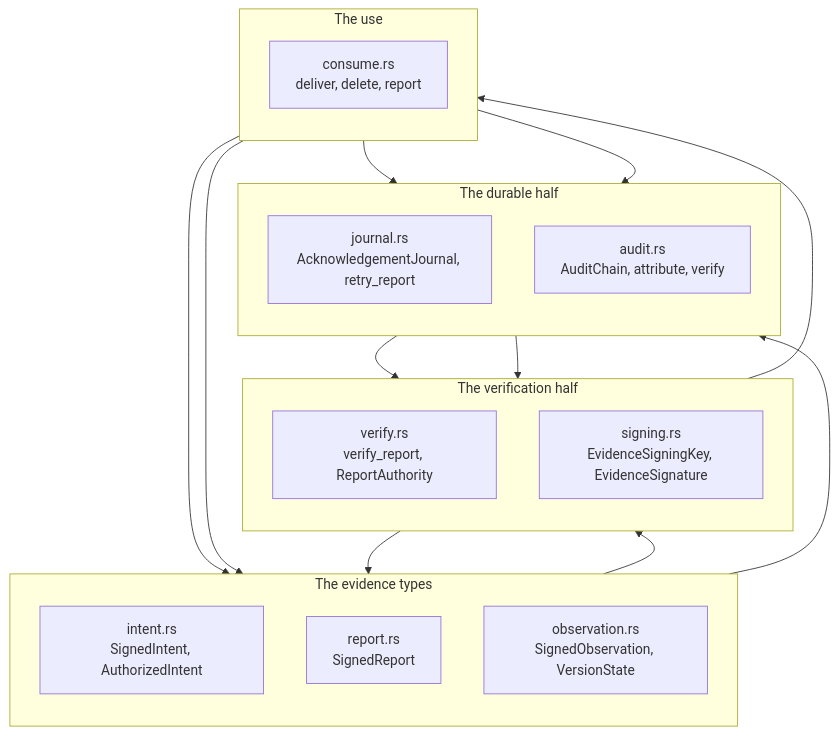
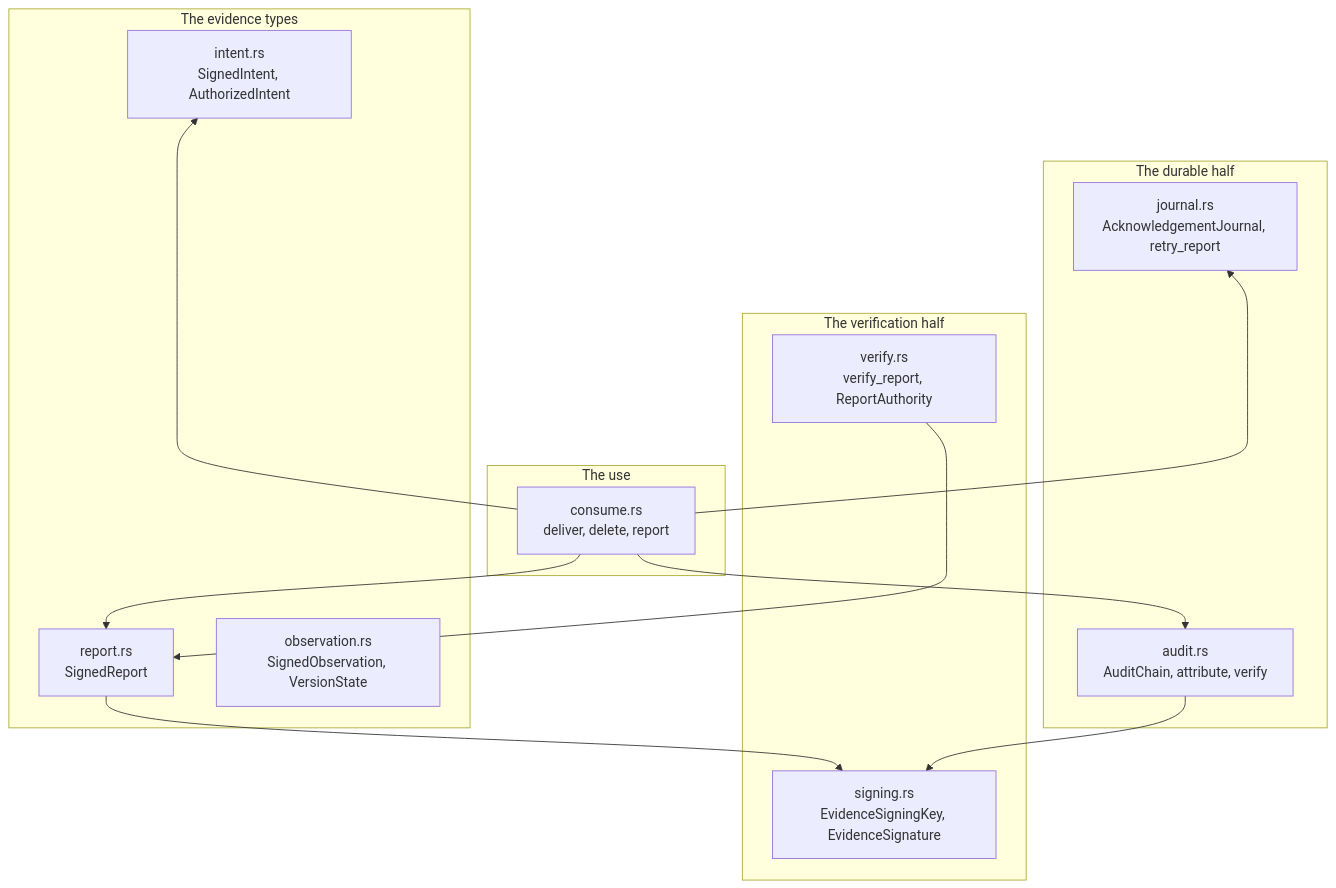
One commit to bruj0/keyspout changed the first of 7 diagrams in site/docs/components/ksp-deletion.md. Above: the diagram before and after it, drawn with Mermaid. The commit also changed 20 other files, not shown here.

First line of the commit message:
feat(site): pan and zoom the diagrams, and stack them by measurement

````diff
--- a/site/docs/components/ksp-deletion.md
+++ b/site/docs/components/ksp-deletion.md
@@ -33,37 +33,33 @@
 ```mermaid
 graph TB
   subgraph Evidence["The evidence types"]
-      direction TB
     INTENT["intent.rs<br/>SignedIntent, AuthorizedIntent"]
     REPORT["report.rs<br/>SignedReport"]
     OBS["observation.rs<br/>SignedObservation, VersionState"]
   end
 
   subgraph Durable["The durable half"]
-      direction TB
     JOURNAL["journal.rs<br/>AcknowledgementJournal, retry_report"]
     AUDIT["audit.rs<br/>AuditChain, attribute, verify"]
   end
 
   subgraph Verify["The verification half"]
-      direction TB
     VERIFY["verify.rs<br/>verify_report, ReportAuthority"]
     SIGN["signing.rs<br/>EvidenceSigningKey, EvidenceSignature"]
   end
 
   subgraph Use["The use"]
-      direction TB
     CONSUME["consume.rs<br/>deliver, delete, report"]
   end
 
   CONSUME --> INTENT
   CONSUME --> REPORT
   CONSUME --> JOURNAL
   CONSUME --> AUDIT
   VERIFY --> REPORT
   REPORT --> SIGN
   AUDIT --> SIGN
-  Evidence --> Durable
-  Durable --> Verify
-  Verify --> Use
+  Evidence ~~~ Durable
+  Durable ~~~ Verify
+  Verify ~~~ Use
 ```
````
